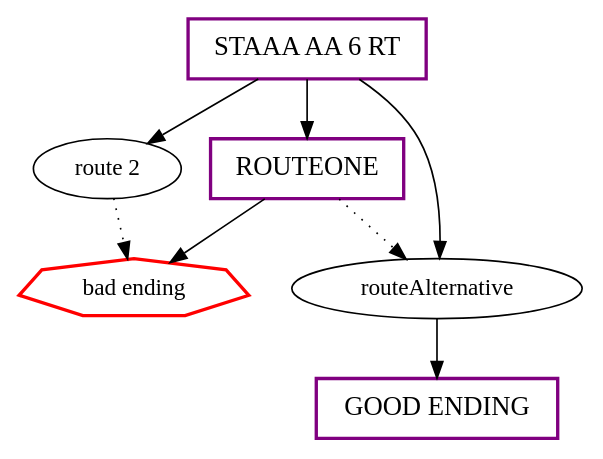
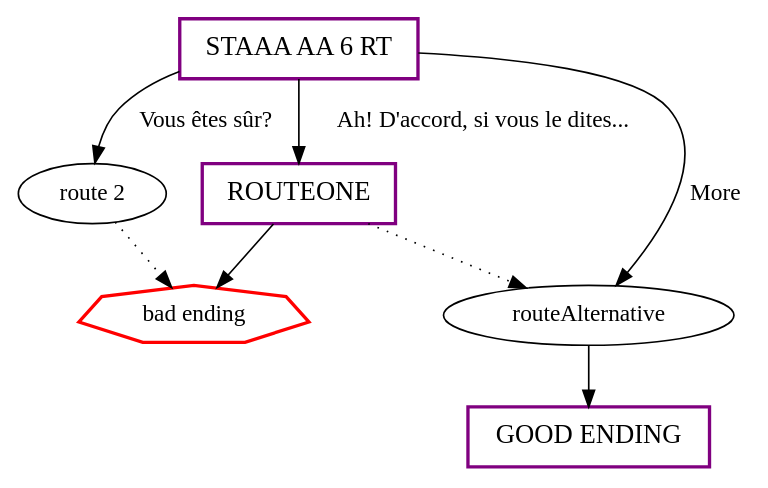
The diagram in testCases/complex/renpy-graphviz.dot (EwenQuim/renpy-graphviz), drawn with Graphviz before and after one commit. The commit also changed 23 other files, not shown here.

```diff
--- a/testCases/complex/renpy-graphviz.dot
+++ b/testCases/complex/renpy-graphviz.dot
@@ -1,17 +1,17 @@
 digraph  {
 	
 	n2[color="red",label="bad ending",shape="septagon",style="bold"];
 	n4[color="purple",fontsize="16",label="GOOD ENDING",shape="rectangle",style="bold"];
 	n5[label="route 2"];
 	n3[label="routeAlternative"];
 	n1[color="purple",fontsize="16",label="ROUTEONE",shape="rectangle",style="bold"];
 	n6[color="purple",fontsize="16",label="STAAA AA 6 RT",shape="rectangle",style="bold"];
-	n5->n2[style="dotted"];
-	n3->n4;
-	n1->n2;
-	n1->n3[style="dotted"];
-	n6->n1;
-	n6->n5;
-	n6->n3;
+	n5->n2[label="",style="dotted"];
+	n3->n4[label=""];
+	n1->n2[label=""];
+	n1->n3[label="",style="dotted"];
+	n6->n1[label="Ah! D'accord, si vous le dites..."];
+	n6->n5[label="Vous êtes sûr?"];
+	n6->n3[label="More"];
 	
 }
```
